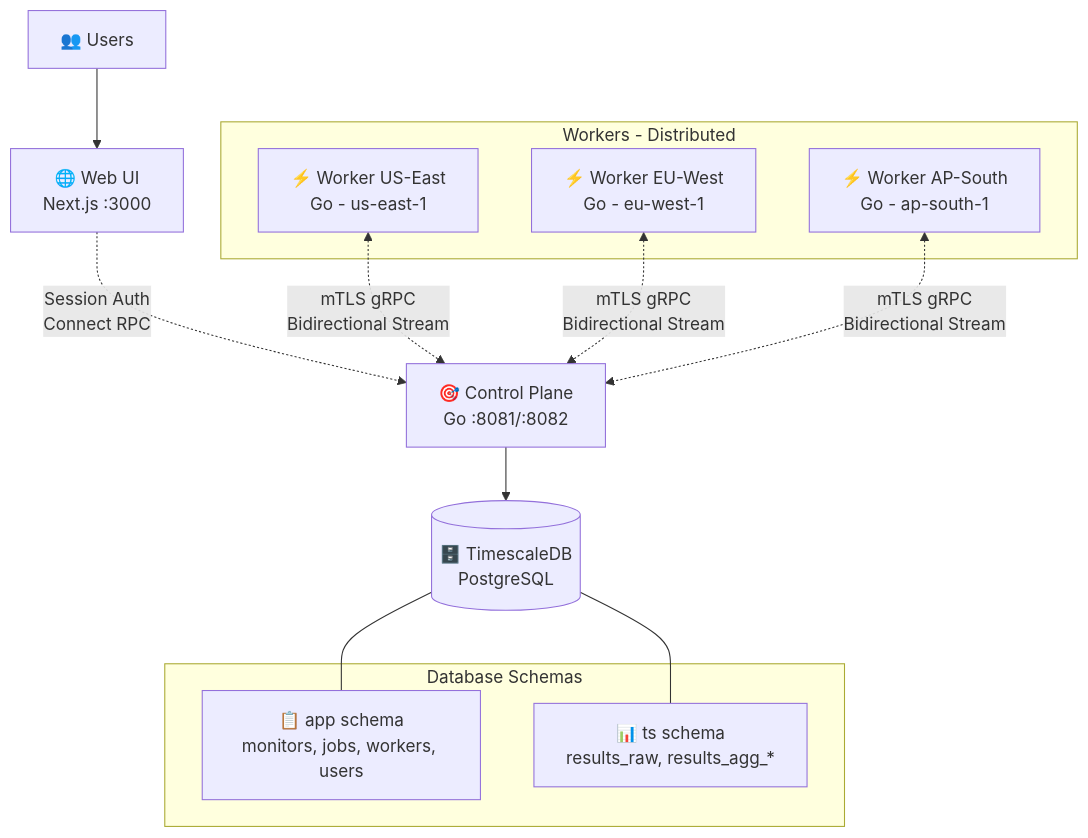
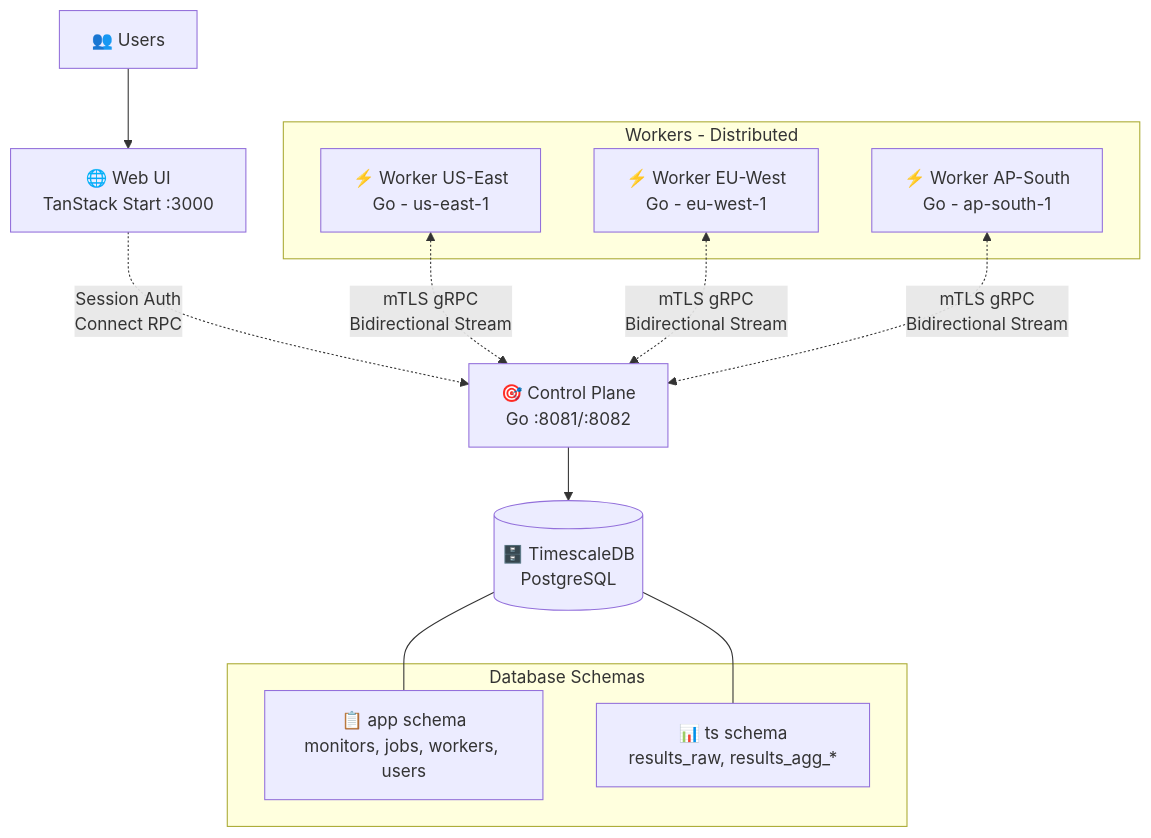
The diagram in README.md (crisog/openseer), drawn with Mermaid before and after one commit. The commit also changed other lines of this file and 109 other files, not shown here.

Commit message:
feat(web): Migrate to Tanstack Start

````diff
--- a/README.md
+++ b/README.md
@@ -7,28 +7,28 @@
 ```mermaid
 graph TB
     Users[👥 Users]
-    WebUI[🌐 Web UI<br/>Next.js :3000]
+    WebUI[🌐 Web UI<br/>TanStack Start :3000]
     ControlPlane[🎯 Control Plane<br/>Go :8081/:8082]
     Database[(🗄️ TimescaleDB<br/>PostgreSQL)]
 
     subgraph "Workers - Distributed"
         WorkerUS[⚡ Worker US-East<br/>Go - us-east-1]
         WorkerEU[⚡ Worker EU-West<br/>Go - eu-west-1]
         WorkerAP[⚡ Worker AP-South<br/>Go - ap-south-1]
     end
 
     Users --> WebUI
     WebUI -.->|Session Auth<br/>Connect RPC| ControlPlane
     WorkerUS <-.->|mTLS gRPC<br/>Bidirectional Stream| ControlPlane
     WorkerEU <-.->|mTLS gRPC<br/>Bidirectional Stream| ControlPlane
     WorkerAP <-.->|mTLS gRPC<br/>Bidirectional Stream| ControlPlane
     ControlPlane --> Database
 
     subgraph "Database Schemas"
         AppSchema[📋 app schema<br/>monitors, jobs, workers, users]
         TSSchema[📊 ts schema<br/>results_raw, results_agg_*]
     end
 
     Database --- AppSchema
     Database --- TSSchema
 ```
````
